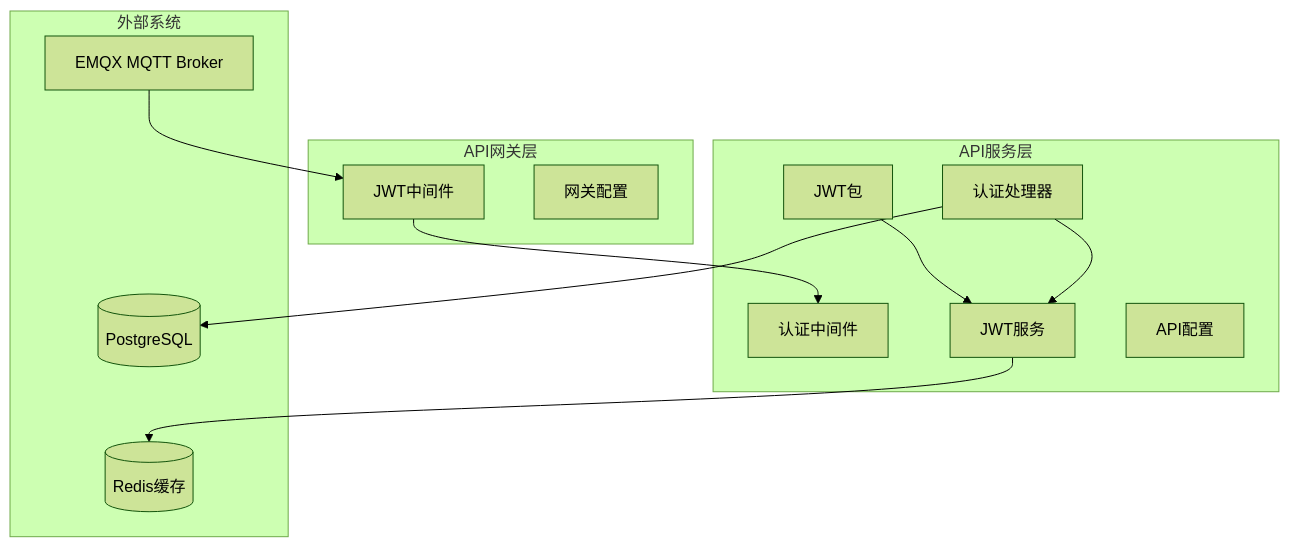
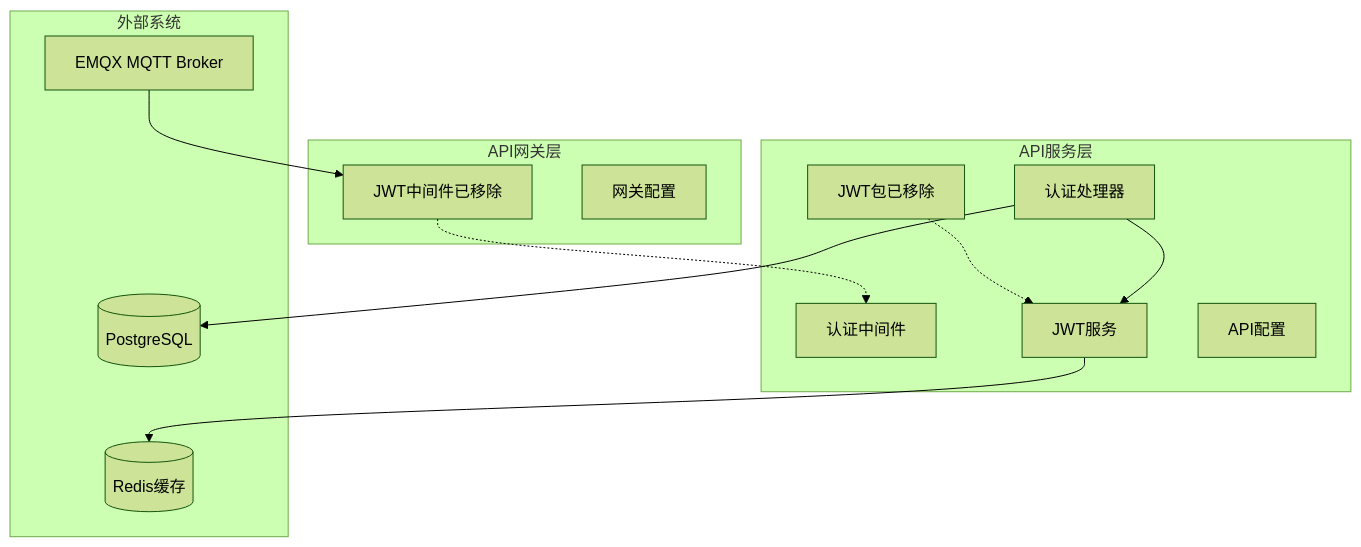
Before and after one commit to mcmrzy/cs_inv_monitor-develop: the first of 8 diagrams in .qoder/repowiki/zh/content/API网关服务/JWT认证中间件.md, drawn with Mermaid (forest theme). The commit also changed other lines of this file and 128 other files, not shown here.

````diff
--- a/.qoder/repowiki/zh/content/API网关服务/JWT认证中间件.md
+++ b/.qoder/repowiki/zh/content/API网关服务/JWT认证中间件.md
@@ -36,25 +44,25 @@
 ```mermaid
 graph TB
 subgraph "API网关层"
-GW_JWT[JWT中间件]
+GW_JWT[JWT中间件已移除]
 GW_Config[网关配置]
 end
 subgraph "API服务层"
-API_JWT[JWT包]
+API_JWT[JWT包已移除]
 API_Middleware[认证中间件]
 API_Service[JWT服务]
 API_Handler[认证处理器]
 API_Config[API配置]
 end
 subgraph "外部系统"
 EMQX[EMQX MQTT Broker]
 Redis[(Redis缓存)]
 Postgres[(PostgreSQL)]
 end
-GW_JWT --> API_Middleware
-API_JWT --> API_Service
+GW_JWT -.-> API_Middleware
+API_JWT -.-> API_Service
 API_Service --> Redis
 API_Handler --> API_Service
 API_Handler --> Postgres
 EMQX --> GW_JWT
 ```
````
